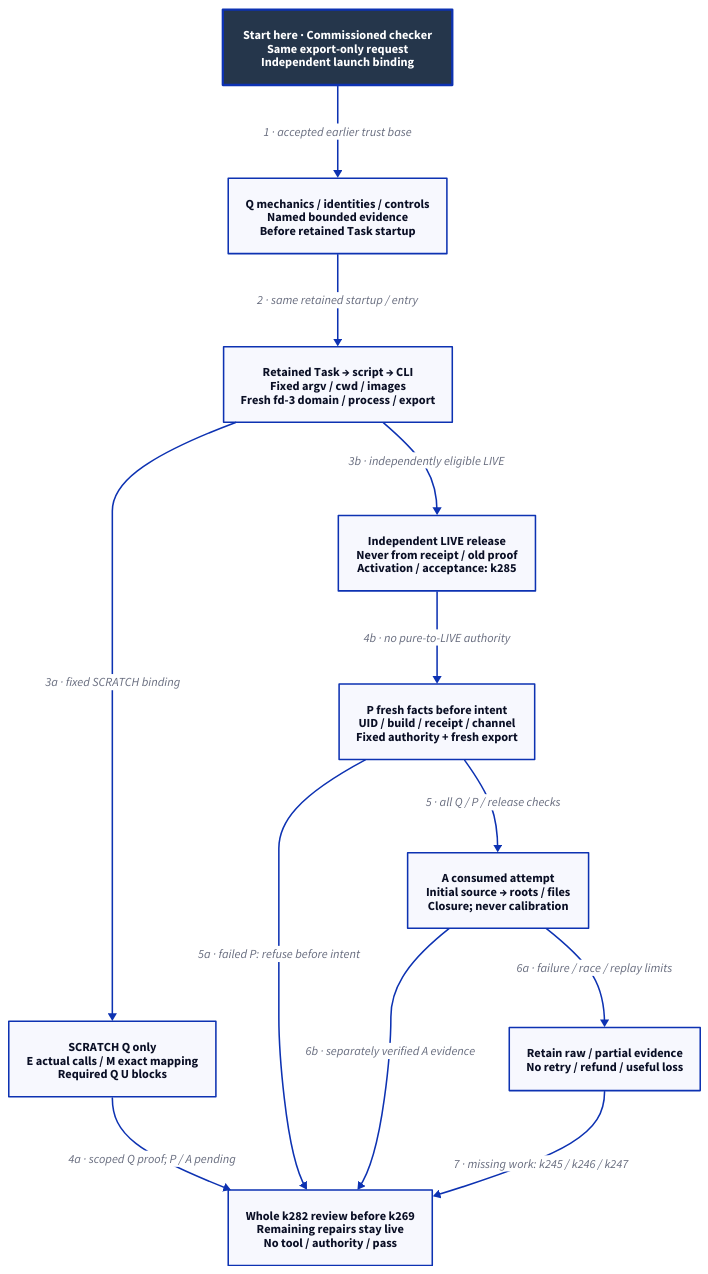
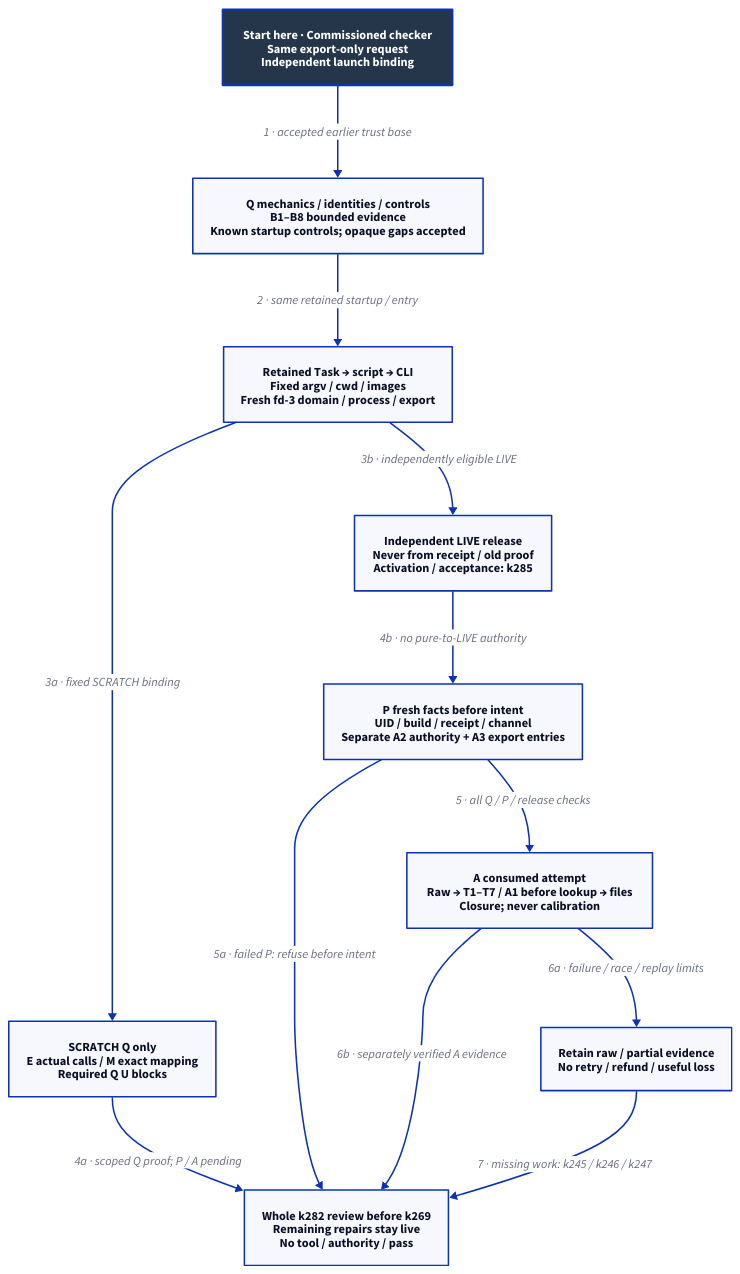
The diagram in docs/design/architecture/native-reference-packaging.d2 (Linkuistics/Koine), drawn with D2 before and after one commit. The commit also changed 31 other files, not shown here.

Commit message:
Apply bounded contact evidence and closed pre-lookup refusals (reference-evidence-prelookup-claims-k284)

```diff
--- a/docs/design/architecture/native-reference-packaging.d2
+++ b/docs/design/architecture/native-reference-packaging.d2
@@ -1,25 +1,25 @@
 # Proposed staged credit; no artifact, release or operation is qualified.
 direction: down
 classes: {
   start: {style: {fill: "#25364B"; font-color: "#FFFFFF"; bold: true; stroke-width: 3}}
 }
 Start: "Start here · Commissioned checker\nSame export-only request\nIndependent launch binding" {class: start}
-Ready: "Q mechanics / identities / controls\nNamed bounded evidence\nBefore retained Task startup"
+Ready: "Q mechanics / identities / controls\nB1–B8 bounded evidence\nKnown startup controls; opaque gaps accepted"
 Task: "Retained Task → script → CLI\nFixed argv / cwd / images\nFresh fd-3 domain / process / export"
 Scratch: "SCRATCH Q only\nE actual calls / M exact mapping\nRequired Q U blocks"
 Live: "Independent LIVE release\nNever from receipt / old proof\nActivation / acceptance: k285"
-Preflight: "P fresh facts before intent\nUID / build / receipt / channel\nFixed authority + fresh export"
-Attempt: "A consumed attempt\nInitial source → roots / files\nClosure; never calibration"
+Preflight: "P fresh facts before intent\nUID / build / receipt / channel\nSeparate A2 authority + A3 export entries"
+Attempt: "A consumed attempt\nRaw → T1–T7 / A1 before lookup → files\nClosure; never calibration"
 Failure: "Retain raw / partial evidence\nNo retry / refund / useful loss"
 Final: "Whole k282 review before k269\nRemaining repairs stay live\nNo tool / authority / pass"
 Start -> Ready: "1 · accepted earlier trust base"
 Ready -> Task: "2 · same retained startup / entry"
 Task -> Scratch: "3a · fixed SCRATCH binding"
 Task -> Live: "3b · independently eligible LIVE"
 Scratch -> Final: "4a · scoped Q proof; P / A pending"
 Live -> Preflight: "4b · no pure-to-LIVE authority"
 Preflight -> Attempt: "5 · all Q / P / release checks"
 Preflight -> Final: "5a · failed P: refuse before intent"
 Attempt -> Failure: "6a · failure / race / replay limits"
 Attempt -> Final: "6b · separately verified A evidence"
 Failure -> Final: "7 · missing work: k245 / k246 / k247"
```
